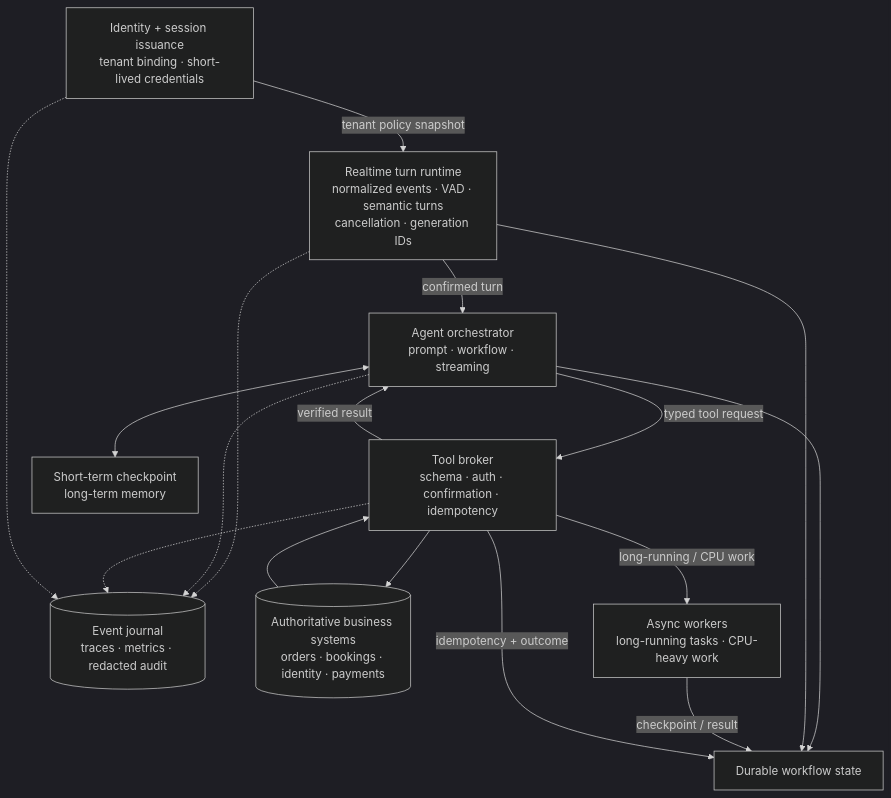
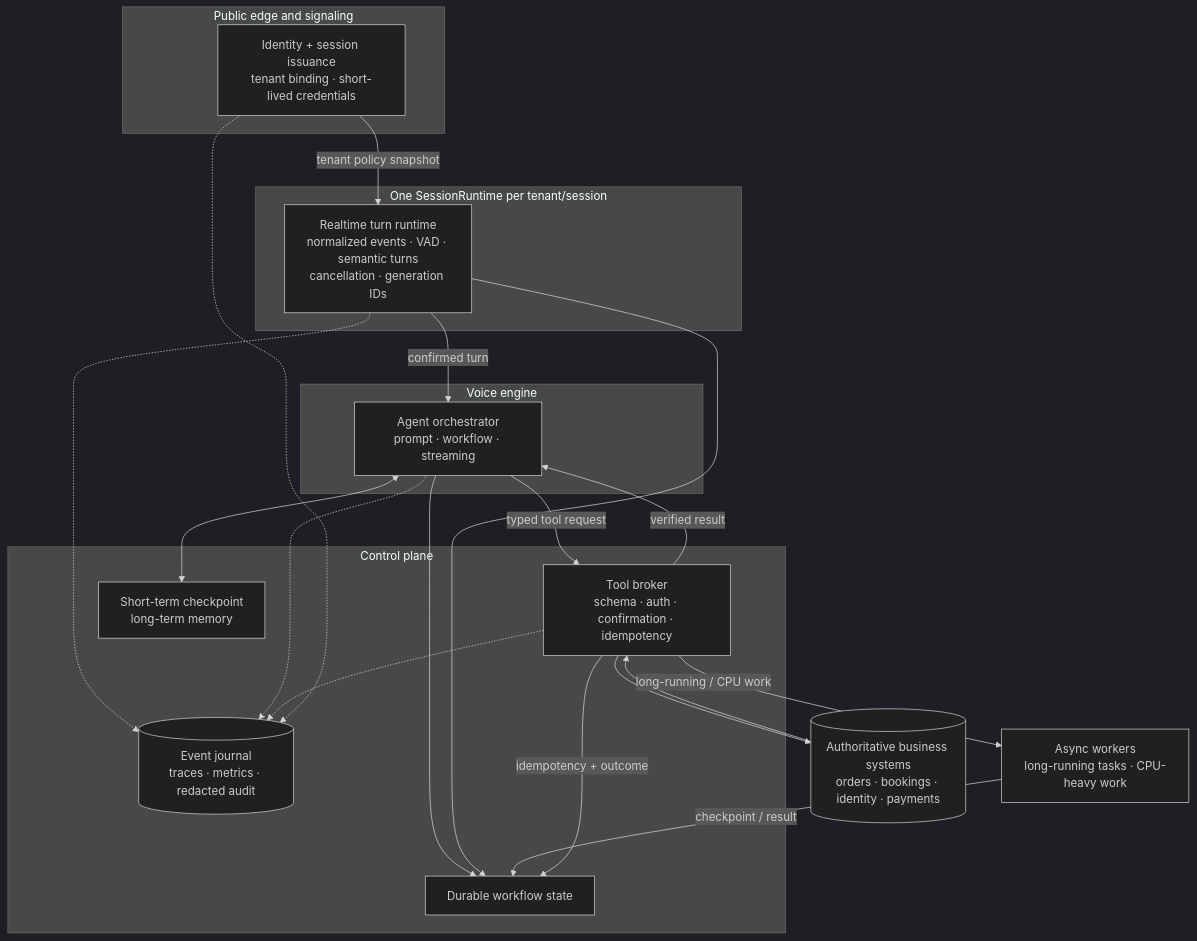
Before and after one commit to d-schneid/voice-agents: the third of 3 diagrams in docs/voice-agent-architecture-print-diagrams.md, drawn with Mermaid (dark theme). The commit also changed other lines of this file, not shown here.

Commit message:
Preserve canonical diagram groupings

````diff
--- a/docs/voice-agent-architecture-print-diagrams.md
+++ b/docs/voice-agent-architecture-print-diagrams.md
@@ -78,29 +94,41 @@
 ```mermaid
 flowchart TB
-    ID[Identity + session issuance<br/>tenant binding · short-lived credentials]
-    RT[Realtime turn runtime<br/>normalized events · VAD · semantic turns<br/>cancellation · generation IDs]
-    AG[Agent orchestrator<br/>prompt · workflow · streaming]
-    TB[Tool broker<br/>schema · auth · confirmation · idempotency]
-    WS[Durable workflow state]
-    MEM[Short-term checkpoint<br/>long-term memory]
-    EJ[(Event journal<br/>traces · metrics · redacted audit)]
+    subgraph EDGE[Public edge and signaling]
+        ID[Identity + session issuance<br/>tenant binding · short-lived credentials]
+    end
+
+    subgraph RUNTIME[One SessionRuntime per tenant/session]
+        RT[Realtime turn runtime<br/>normalized events · VAD · semantic turns<br/>cancellation · generation IDs]
+    end
+
+    subgraph ENGINE[Voice engine]
+        AG[Agent orchestrator<br/>prompt · workflow · streaming]
+    end
+
+    subgraph CONTROL[Control plane]
+        TB[Tool broker<br/>schema · auth · confirmation · idempotency]
+        WS[Durable workflow state]
+        MEM[Short-term checkpoint<br/>long-term memory]
+        EJ[(Event journal<br/>traces · metrics · redacted audit)]
+    end
+
     APP[(Authoritative business systems<br/>orders · bookings · identity · payments)]
     JOBS[Async workers<br/>long-running tasks · CPU-heavy work]
 
     ID -->|tenant policy snapshot| RT
     RT -->|confirmed turn| AG
     AG -->|typed tool request| TB
     TB --> APP
     APP --> TB
     TB -->|verified result| AG
     AG --> WS
     RT --> WS
     AG <--> MEM
     TB -->|long-running / CPU work| JOBS
     JOBS -->|checkpoint / result| WS
     TB -->|idempotency + outcome| WS
     RT -.-> EJ
     AG -.-> EJ
     TB -.-> EJ
     ID -.-> EJ
 ```
````
